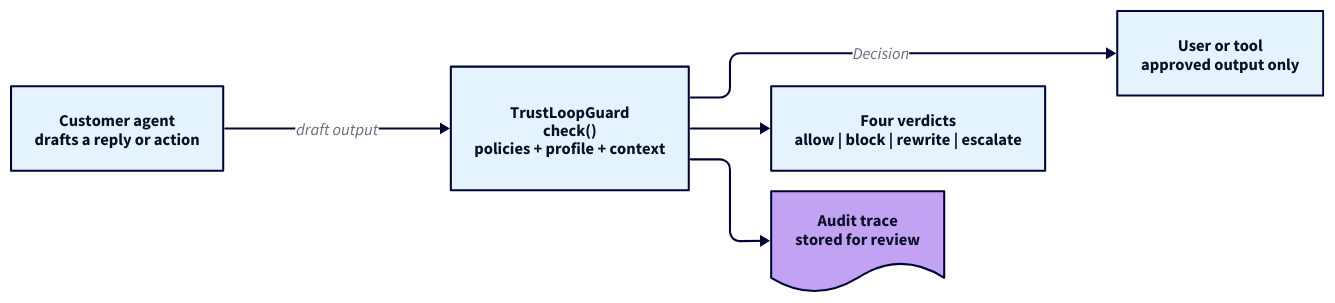
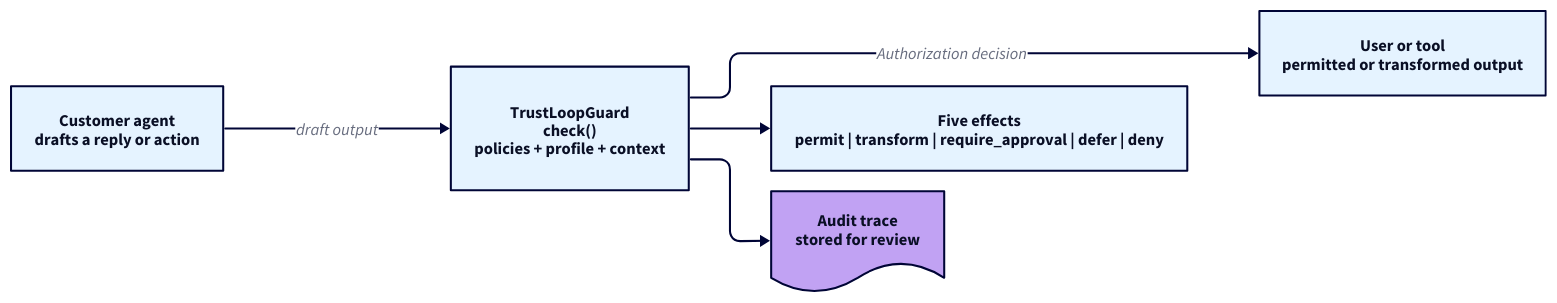
Before and after one commit to ducnguyen67201/TrustLoopGuard: the diagram in docs/diagrams/trustloop-concept.d2, drawn with D2. The commit also changed other lines of this file and 474 other files, not shown here.

```diff
--- a/docs/diagrams/trustloop-concept.d2
+++ b/docs/diagrams/trustloop-concept.d2
@@ -1,38 +1,38 @@
 vars: {
   d2-config: {
     layout-engine: elk
     theme-id: 4
   }
 }
 
 direction: right
 
 agent: {
   label: "Customer agent\ndrafts a reply or action"
   shape: rectangle
 }
 
 guard: {
   label: "TrustLoopGuard\ncheck()\npolicies + profile + context"
   shape: rectangle
 }
 
 target: {
-  label: "User or tool\napproved output only"
+  label: "User or tool\npermitted or transformed output"
   shape: rectangle
 }
 
-verdicts: {
-  label: "Four verdicts\nallow | block | rewrite | escalate"
+effects: {
+  label: "Five effects\npermit | transform | require_approval | defer | deny"
   shape: rectangle
 }
 
 trace: {
   label: "Audit trace\nstored for review"
   shape: document
 }
 
 agent -> guard: "draft output"
-guard -> target: "Decision"
-guard -> verdicts
+guard -> target: "Authorization decision"
+guard -> effects
 guard -> trace
```
